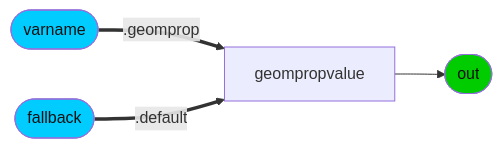
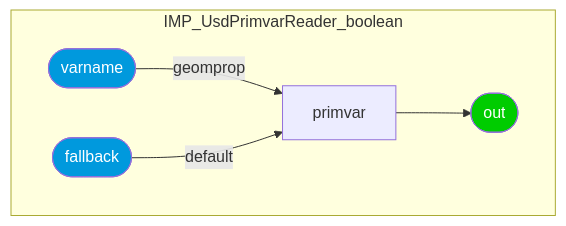
One commit to kwokcb/MaterialX_Learn changed diagram 16 of 36 in documents/definitions/bxdf_doc.md. Above: the diagram before and after it, drawn with Mermaid. The commit also changed other lines of this file and 1015 other files, not shown here.

````diff
--- a/documents/definitions/bxdf_doc.md
+++ b/documents/definitions/bxdf_doc.md
@@ -1839,10 +2335,15 @@
 ```mermaid
-graph LR; 
-    IMP_UsdPrimvarReader_boolean_primvar[geompropvalue] --> IMP_UsdPrimvarReader_boolean_out([out])
-    style IMP_UsdPrimvarReader_boolean_out fill:#0C0, color:#111
-    IMP_UsdPrimvarReader_boolean_varnameINT([varname]) ==.geomprop==> IMP_UsdPrimvarReader_boolean_primvar[geompropvalue]
-    style IMP_UsdPrimvarReader_boolean_varnameINT fill:#0CF, color:#111
-    IMP_UsdPrimvarReader_boolean_fallbackINT([fallback]) ==.default==> IMP_UsdPrimvarReader_boolean_primvar[geompropvalue]
-    style IMP_UsdPrimvarReader_boolean_fallbackINT fill:#0CF, color:#111
-
+graph TB
+    subgraph IMP_UsdPrimvarReader_boolean
+    IMP_UsdPrimvarReader_boolean_primvar[primvar]
+    style IMP_UsdPrimvarReader_boolean_out  fill:#0C0, color:#FFF
+    IMP_UsdPrimvarReader_boolean_out([out])
+    style IMP_UsdPrimvarReader_boolean_varname  fill:#09D, color:#FFF
+    IMP_UsdPrimvarReader_boolean_varname([varname])
+    style IMP_UsdPrimvarReader_boolean_fallback  fill:#09D, color:#FFF
+    IMP_UsdPrimvarReader_boolean_fallback([fallback])
+    end
+    IMP_UsdPrimvarReader_boolean_varname --"geomprop"--> IMP_UsdPrimvarReader_boolean_primvar
+    IMP_UsdPrimvarReader_boolean_fallback --"default"--> IMP_UsdPrimvarReader_boolean_primvar
+    IMP_UsdPrimvarReader_boolean_primvar --> IMP_UsdPrimvarReader_boolean_out
 ```
````
